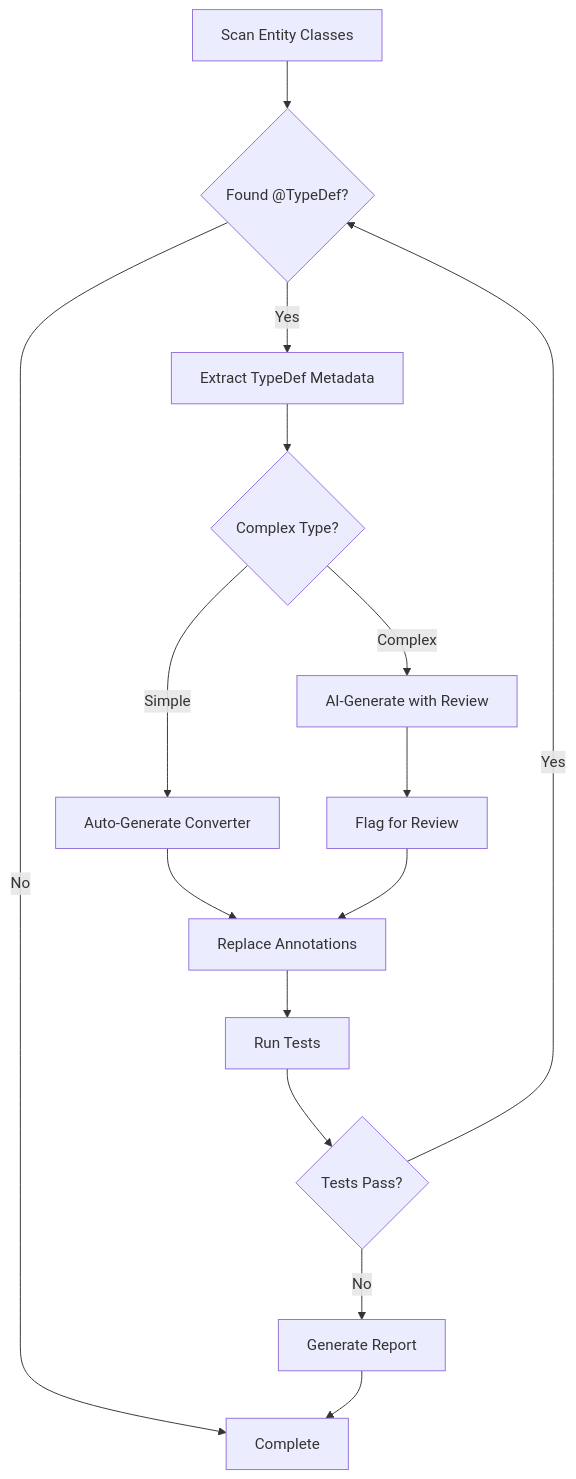
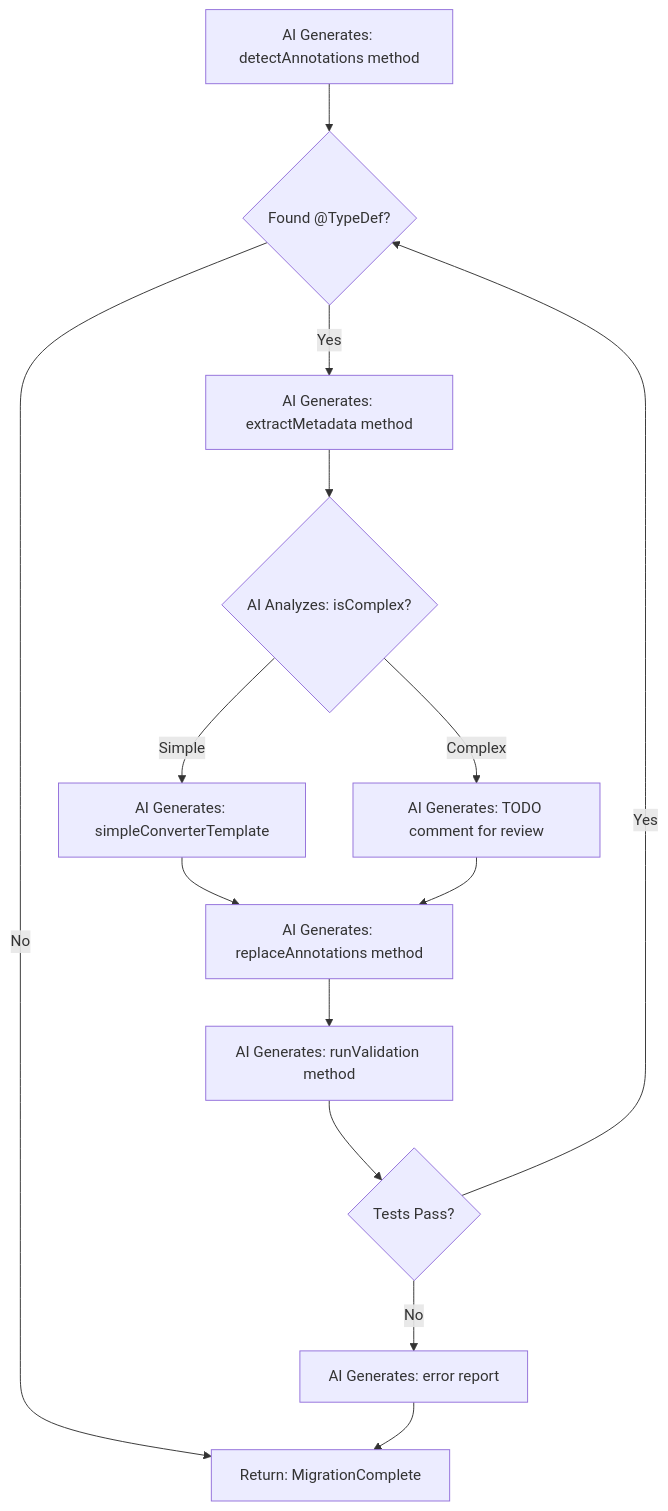
Before and after one commit to e4c5/antikythera-examples: the diagram in docs/AI_MIGRATION_TOOL_REVIEW.md, drawn with Mermaid. The commit also changed other lines of this file, not shown here.

Commit message:
Refocus review on AI generating migration tool code, not performing migrations

````diff
--- a/docs/AI_MIGRATION_TOOL_REVIEW.md
+++ b/docs/AI_MIGRATION_TOOL_REVIEW.md
@@ -435,17 +471,16 @@
 ```mermaid
 flowchart TD
-    Start[Scan Entity Classes] --> FindTypeDef{Found @TypeDef?}
-    FindTypeDef -->|No| Done[Complete]
-    FindTypeDef -->|Yes| ExtractMeta[Extract TypeDef Metadata]
-    ExtractMeta --> CheckComplex{Complex Type?}
-    CheckComplex -->|Simple| AutoGen[Auto-Generate Converter]
-    CheckComplex -->|Complex| AIGen[AI-Generate with Review]
-    AutoGen --> Replace[Replace Annotations]
-    AIGen --> ManualReview[Flag for Review]
-    ManualReview --> Replace
-    Replace --> Test[Run Tests]
+    Start[AI Generates: detectAnnotations method] --> FindTypeDef{Found @TypeDef?}
+    FindTypeDef -->|No| Done[Return: MigrationComplete]
+    FindTypeDef -->|Yes| ExtractMeta[AI Generates: extractMetadata method]
+    ExtractMeta --> CheckComplex{AI Analyzes: isComplex?}
+    CheckComplex -->|Simple| AutoGen[AI Generates: simpleConverterTemplate]
+    CheckComplex -->|Complex| FlagReview[AI Generates: TODO comment for review]
+    AutoGen --> Replace[AI Generates: replaceAnnotations method]
+    FlagReview --> Replace
+    Replace --> Test[AI Generates: runValidation method]
     Test --> ValidateTest{Tests Pass?}
     ValidateTest -->|Yes| FindTypeDef
-    ValidateTest -->|No| Report[Generate Report]
+    ValidateTest -->|No| Report[AI Generates: error report]
     Report --> Done
 ```
````
